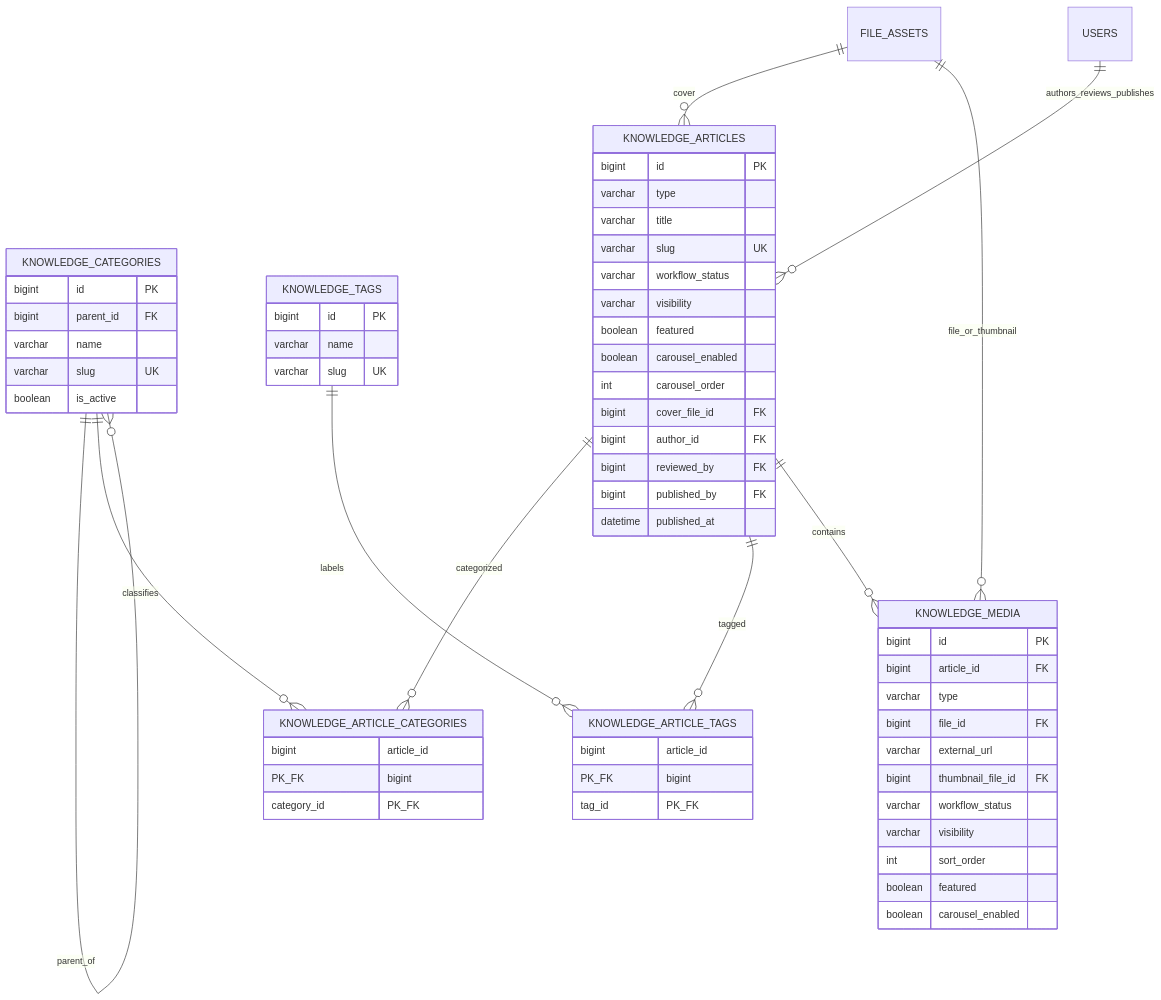
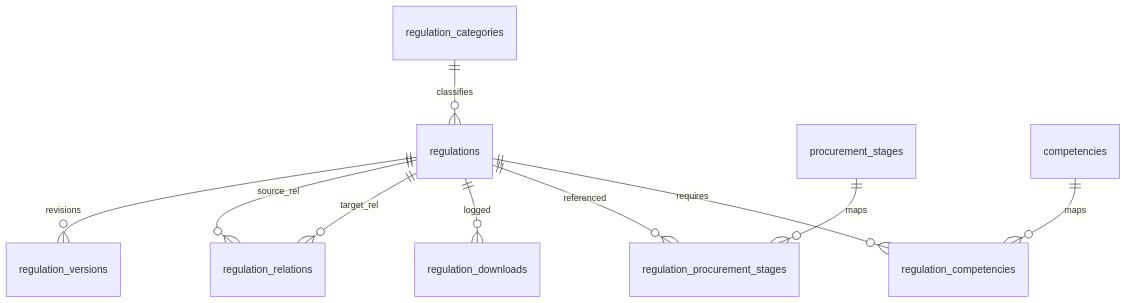
Before and after one commit to andiariyandi/begawipengadaan: the fourth of 9 diagrams in dokumen/database-erd.md, drawn with Mermaid. The commit also changed other lines of this file and 18 other files, not shown here.

````diff
--- a/dokumen/database-erd.md
+++ b/dokumen/database-erd.md
@@ -768,67 +85,12 @@
 ```mermaid
 erDiagram
-    KNOWLEDGE_CATEGORIES {
-        bigint id PK
-        bigint parent_id FK
-        varchar name
-        varchar slug UK
-        boolean is_active
-    }
-
-    KNOWLEDGE_TAGS {
-        bigint id PK
-        varchar name
-        varchar slug UK
-    }
-
-    KNOWLEDGE_ARTICLES {
-        bigint id PK
-        varchar type
-        varchar title
-        varchar slug UK
-        varchar workflow_status
-        varchar visibility
-        boolean featured
-        boolean carousel_enabled
-        int carousel_order
-        bigint cover_file_id FK
-        bigint author_id FK
-        bigint reviewed_by FK
-        bigint published_by FK
-        datetime published_at
-    }
-
-    KNOWLEDGE_ARTICLE_CATEGORIES {
-        bigint article_id PK_FK
-        bigint category_id PK_FK
-    }
-
-    KNOWLEDGE_ARTICLE_TAGS {
-        bigint article_id PK_FK
-        bigint tag_id PK_FK
-    }
-
-    KNOWLEDGE_MEDIA {
-        bigint id PK
-        bigint article_id FK
-        varchar type
-        bigint file_id FK
-        varchar external_url
-        bigint thumbnail_file_id FK
-        varchar workflow_status
-        varchar visibility
-        int sort_order
-        boolean featured
-        boolean carousel_enabled
-    }
-
-    KNOWLEDGE_CATEGORIES ||--o{ KNOWLEDGE_CATEGORIES : parent_of
-    KNOWLEDGE_ARTICLES ||--o{ KNOWLEDGE_ARTICLE_CATEGORIES : categorized
-    KNOWLEDGE_CATEGORIES ||--o{ KNOWLEDGE_ARTICLE_CATEGORIES : classifies
-    KNOWLEDGE_ARTICLES ||--o{ KNOWLEDGE_ARTICLE_TAGS : tagged
-    KNOWLEDGE_TAGS ||--o{ KNOWLEDGE_ARTICLE_TAGS : labels
-    KNOWLEDGE_ARTICLES ||--o{ KNOWLEDGE_MEDIA : contains
-    FILE_ASSETS ||--o{ KNOWLEDGE_ARTICLES : cover
-    FILE_ASSETS ||--o{ KNOWLEDGE_MEDIA : file_or_thumbnail
-    USERS ||--o{ KNOWLEDGE_ARTICLES : authors_reviews_publishes
+    regulation_categories ||--o{ regulations : classifies
+    regulations ||--o{ regulation_versions : revisions
+    regulations ||--o{ regulation_relations : source_rel
+    regulations ||--o{ regulation_relations : target_rel
+    regulations ||--o{ regulation_downloads : logged
+    procurement_stages ||--o{ regulation_procurement_stages : maps
+    regulations ||--o{ regulation_procurement_stages : referenced
+    competencies ||--o{ regulation_competencies : maps
+    regulations ||--o{ regulation_competencies : requires
 ```
````
